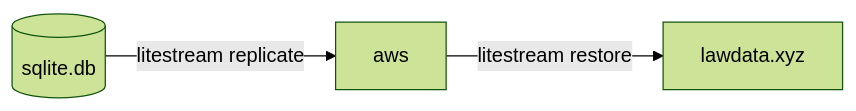
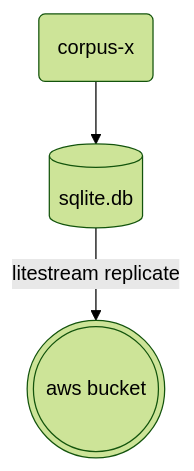
Before and after one commit to justmars/corpus-x: the fifth of 5 diagrams in README.md, drawn with Mermaid (forest theme). The commit also changed other lines of this file and 8 other files, not shown here.

````diff
--- a/README.md
+++ b/README.md
@@ -34,6 +48,5 @@
 ```mermaid
-flowchart LR
-
-  db[(sqlite.db)]--litestream replicate-->aws
-  aws--litestream restore-->lawdata.xyz
+flowchart TD
+  x(corpus-x)-->db[(sqlite.db)]
+  db--litestream replicate-->aws(((aws bucket)))
 ```
````
